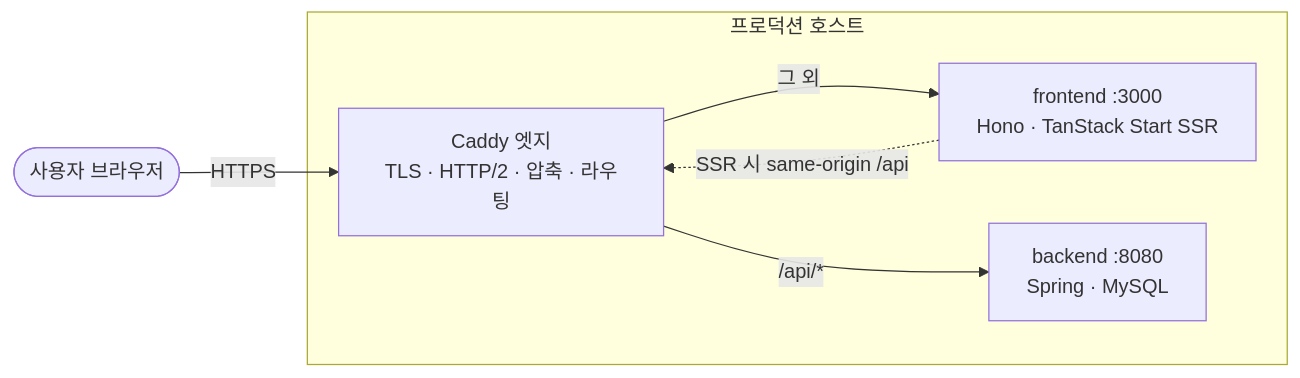
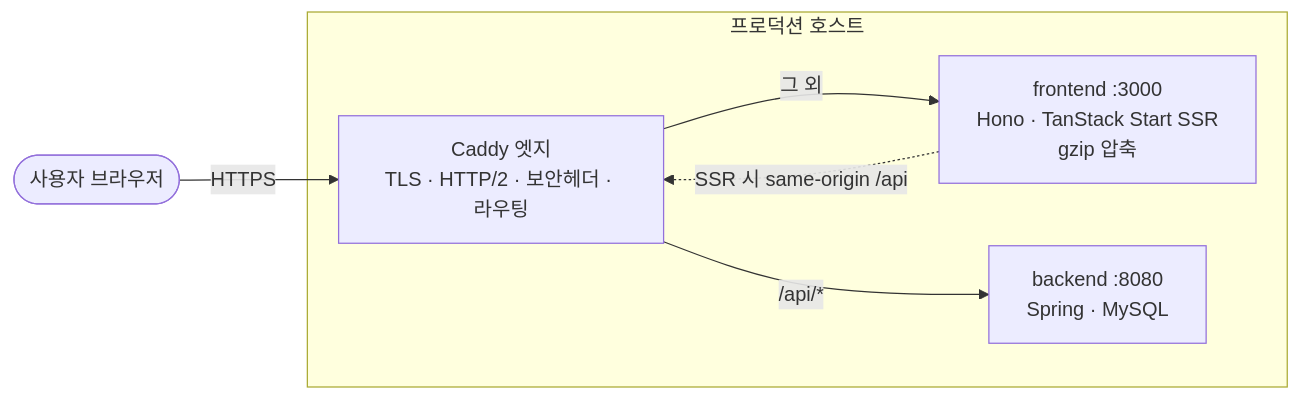
The first of 2 diagrams in README.md (wafflestudio/cse.snu.ac.kr), drawn with Mermaid before and after one commit. The commit also changed other lines of this file, not shown here.

````diff
--- a/README.md
+++ b/README.md
@@ -47,13 +47,13 @@
 ```mermaid
 flowchart LR
   user(["사용자 브라우저"])
   subgraph prod["프로덕션 호스트"]
-    edge["Caddy 엣지<br/>TLS · HTTP/2 · 압축 · 라우팅"]
-    fe["frontend :3000<br/>Hono · TanStack Start SSR"]
+    edge["Caddy 엣지<br/>TLS · HTTP/2 · 보안헤더 · 라우팅"]
+    fe["frontend :3000<br/>Hono · TanStack Start SSR<br/>gzip 압축"]
     be["backend :8080<br/>Spring · MySQL"]
   end
   user -->|HTTPS| edge
   edge -->|"그 외"| fe
   edge -->|"/api/*"| be
   fe -. "SSR 시 same-origin /api" .-> edge
 ```
````
